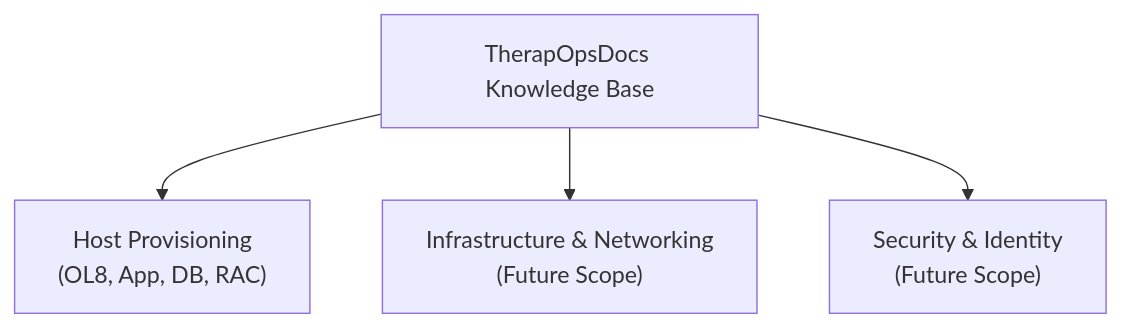
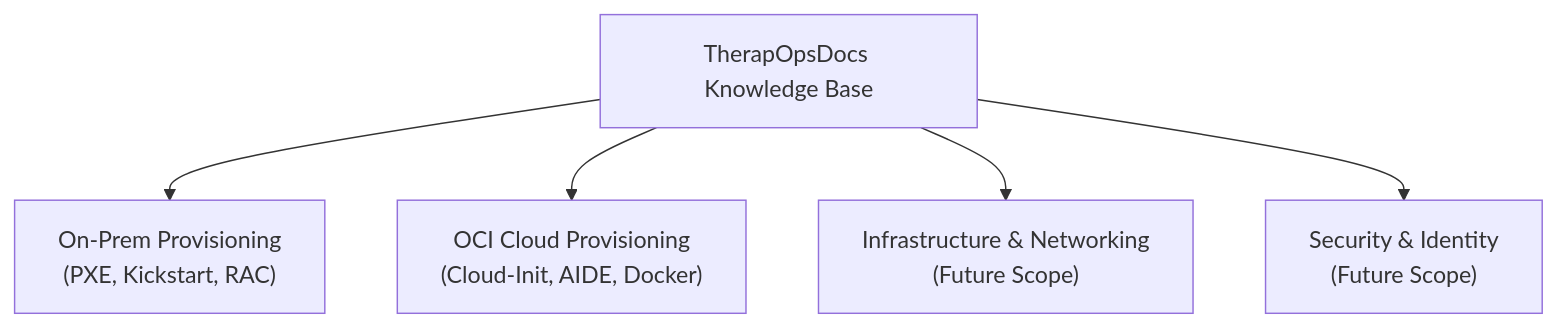
The diagram in docs/index.md (mokaddimulkabir-therap/TherapOpsDocs), drawn with Mermaid before and after one commit. The commit also changed other lines of this file and 12 other files, not shown here.

Commit message:
feat: add OCI cloud provisioning section and downloadable operational scripts

````diff
--- a/docs/index.md
+++ b/docs/index.md
@@ -9,7 +9,8 @@
 ```mermaid
 flowchart TD
     Ops["TherapOpsDocs Knowledge Base"]
-    Ops --> P["Host Provisioning\n(OL8, App, DB, RAC)"]
+    Ops --> P["On-Prem Provisioning\n(PXE, Kickstart, RAC)"]
+    Ops --> OCI["OCI Cloud Provisioning\n(Cloud-Init, AIDE, Docker)"]
     Ops --> N["Infrastructure & Networking\n(Future Scope)"]
     Ops --> S["Security & Identity\n(Future Scope)"]
 ```
````
